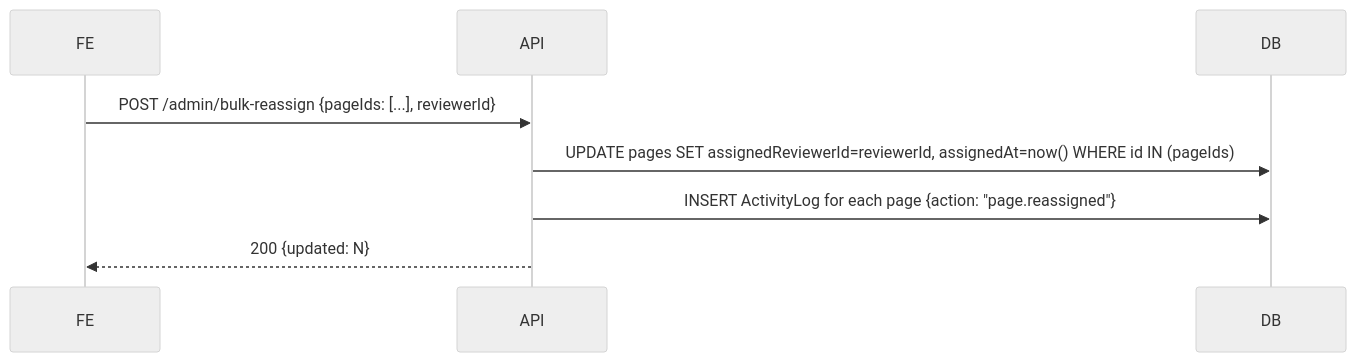
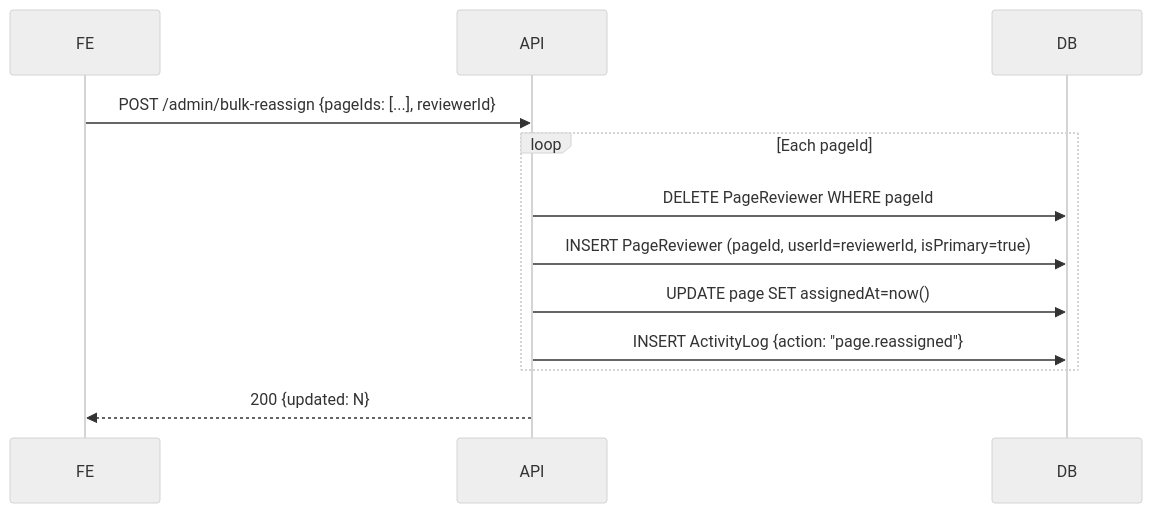
Before and after one commit to ArulRozario/tAi: diagram 23 of 32 in .spec/08-sequences.md, drawn with Mermaid (neutral theme). The commit also changed other lines of this file and 195 other files, not shown here.

````diff
--- a/.spec/08-sequences.md
+++ b/.spec/08-sequences.md
@@ -566,11 +607,15 @@
 ```mermaid
 sequenceDiagram
     participant FE
     participant API
     participant DB
 
     FE->>API: POST /admin/bulk-reassign {pageIds: [...], reviewerId}
-    API->>DB: UPDATE pages SET assignedReviewerId=reviewerId, assignedAt=now() WHERE id IN (pageIds)
-    API->>DB: INSERT ActivityLog for each page {action: "page.reassigned"}
+    loop Each pageId
+        API->>DB: DELETE PageReviewer WHERE pageId
+        API->>DB: INSERT PageReviewer (pageId, userId=reviewerId, isPrimary=true)
+        API->>DB: UPDATE page SET assignedAt=now()
+        API->>DB: INSERT ActivityLog {action: "page.reassigned"}
+    end
     API-->>FE: 200 {updated: N}
 ```
````
